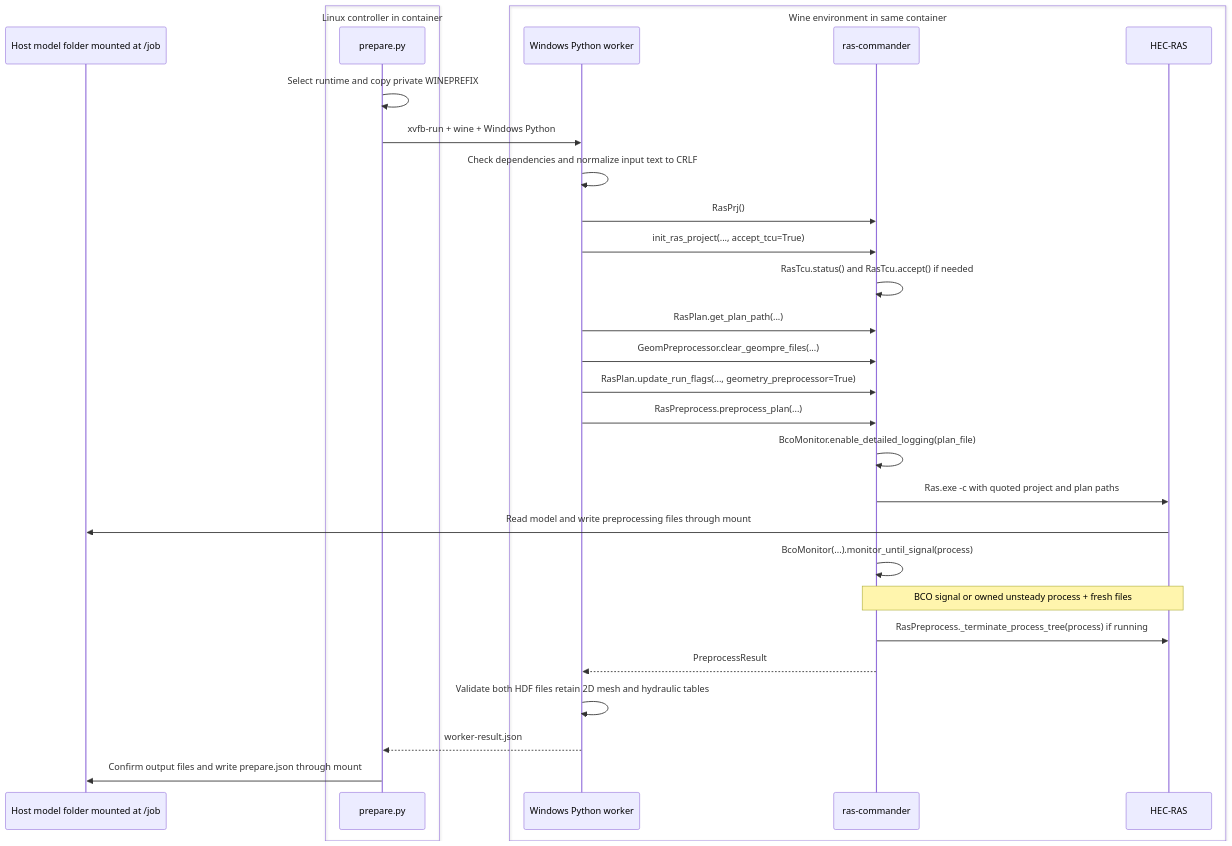
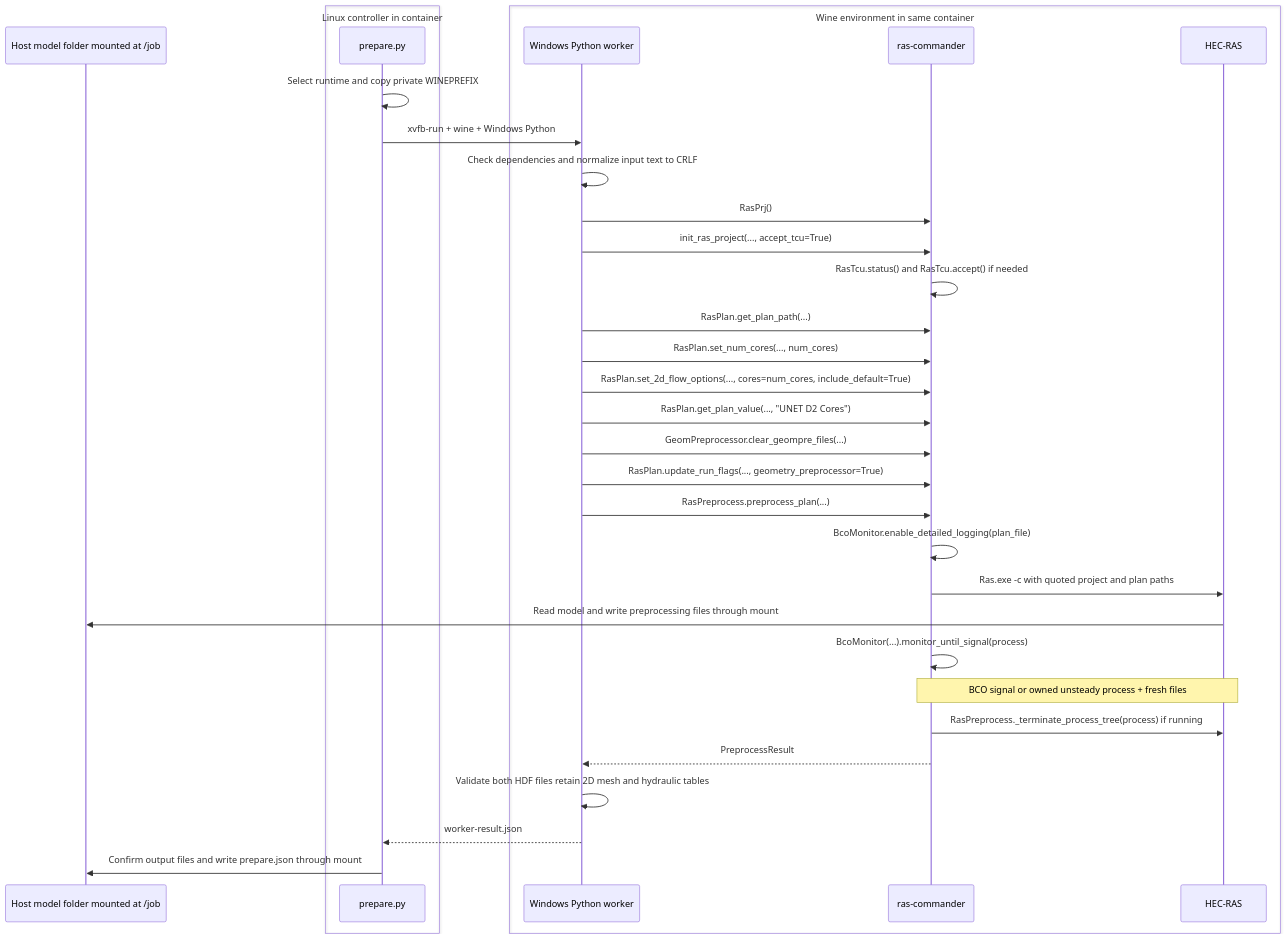
Before and after one commit to andycarter-pe/ras2fim-2d: the diagram in containers/hecras-prepare/ras-commander-call-sequence.mmd, drawn with Mermaid. The commit also changed 6 other files, not shown here.

```diff
--- a/containers/hecras-prepare/ras-commander-call-sequence.mmd
+++ b/containers/hecras-prepare/ras-commander-call-sequence.mmd
@@ -1,30 +1,33 @@
 sequenceDiagram
     participant Host as Host model folder mounted at /job
     box Linux controller in container
         participant L as prepare.py
     end
     box Wine environment in same container
         participant W as Windows Python worker
         participant C as ras-commander
         participant H as HEC-RAS
     end
     L->>L: Select runtime and copy private WINEPREFIX
     L->>W: xvfb-run + wine + Windows Python
     W->>W: Check dependencies and normalize input text to CRLF
     W->>C: RasPrj()
     W->>C: init_ras_project(..., accept_tcu=True)
     C->>C: RasTcu.status() and RasTcu.accept() if needed
     W->>C: RasPlan.get_plan_path(...)
+    W->>C: RasPlan.set_num_cores(..., num_cores)
+    W->>C: RasPlan.set_2d_flow_options(..., cores=num_cores, include_default=True)
+    W->>C: RasPlan.get_plan_value(..., "UNET D2 Cores")
     W->>C: GeomPreprocessor.clear_geompre_files(...)
     W->>C: RasPlan.update_run_flags(..., geometry_preprocessor=True)
     W->>C: RasPreprocess.preprocess_plan(...)
     C->>C: BcoMonitor.enable_detailed_logging(plan_file)
     C->>H: Ras.exe -c with quoted project and plan paths
     H->>Host: Read model and write preprocessing files through mount
     C->>C: BcoMonitor(...).monitor_until_signal(process)
     Note over C,H: BCO signal or owned unsteady process + fresh files
     C->>H: RasPreprocess._terminate_process_tree(process) if running
     C-->>W: PreprocessResult
     W->>W: Validate both HDF files retain 2D mesh and hydraulic tables
     W-->>L: worker-result.json
     L->>Host: Confirm output files and write prepare.json through mount
```
